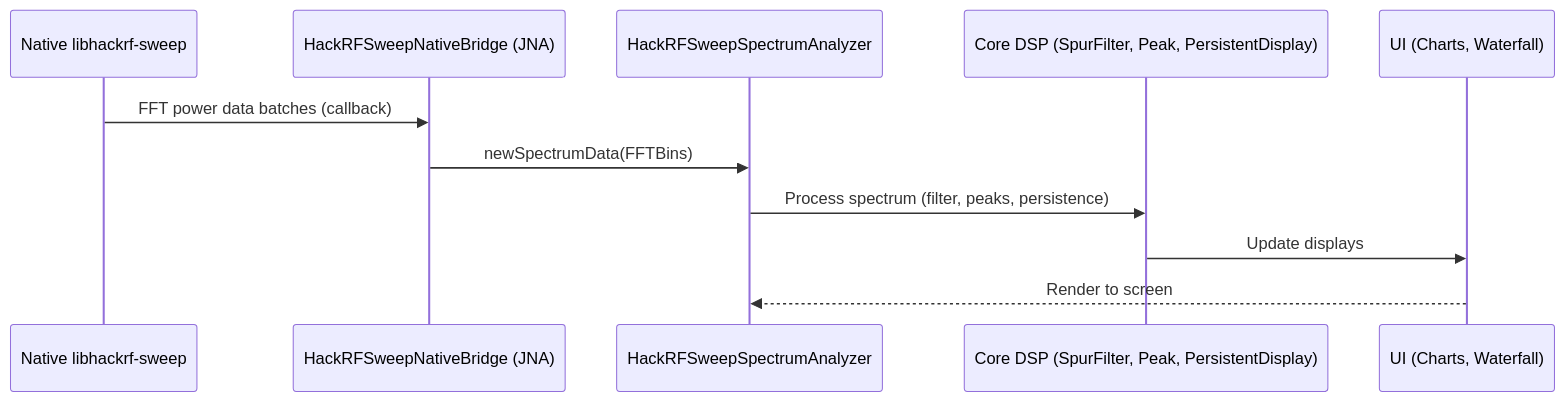
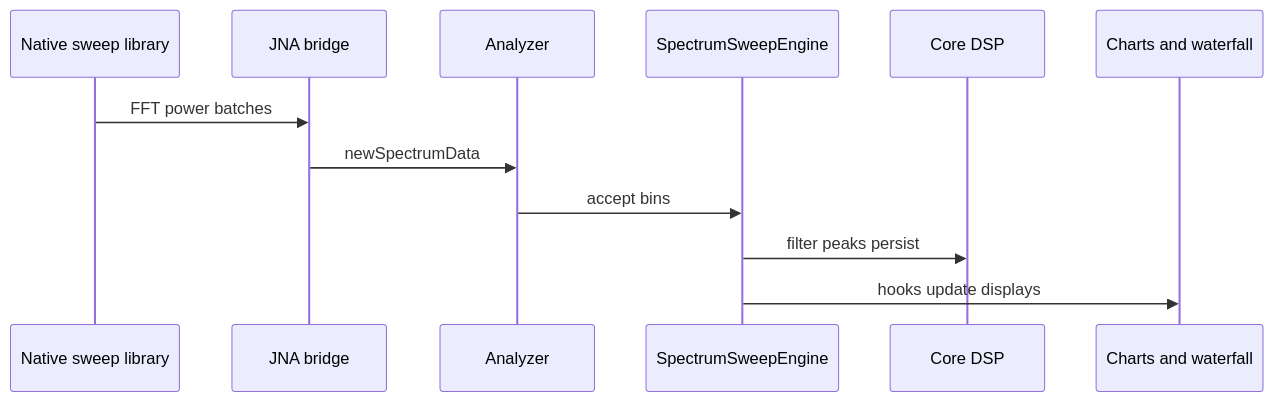
Before and after one commit to chris-piekarski/hackrf-spectrum-analyzer: the second of 5 diagrams in docs/architecture.md, drawn with Mermaid. The commit also changed other lines of this file and 79 other files, not shown here.

````diff
--- a/docs/architecture.md
+++ b/docs/architecture.md
@@ -55,14 +54,15 @@
 ```mermaid
 sequenceDiagram
-    participant Native as Native libhackrf-sweep
-    participant Bridge as HackRFSweepNativeBridge (JNA)
-    participant Main as HackRFSweepSpectrumAnalyzer
-    participant Core as Core DSP (SpurFilter, Peak, PersistentDisplay)
-    participant UI as UI (Charts, Waterfall)
+    participant Native as Native sweep library
+    participant Bridge as JNA bridge
+    participant Analyzer as Analyzer
+    participant Engine as SpectrumSweepEngine
+    participant DSP as Core DSP
+    participant UI as Charts and waterfall
 
-    Native->>Bridge: FFT power data batches (callback)
-    Bridge->>Main: newSpectrumData(FFTBins)
-    Main->>Core: Process spectrum (filter, peaks, persistence)
-    Core->>UI: Update displays
-    UI-->>Main: Render to screen
+    Native->>Bridge: FFT power batches
+    Bridge->>Analyzer: newSpectrumData
+    Analyzer->>Engine: accept bins
+    Engine->>DSP: filter peaks persist
+    Engine->>UI: hooks update displays
 ```
````
